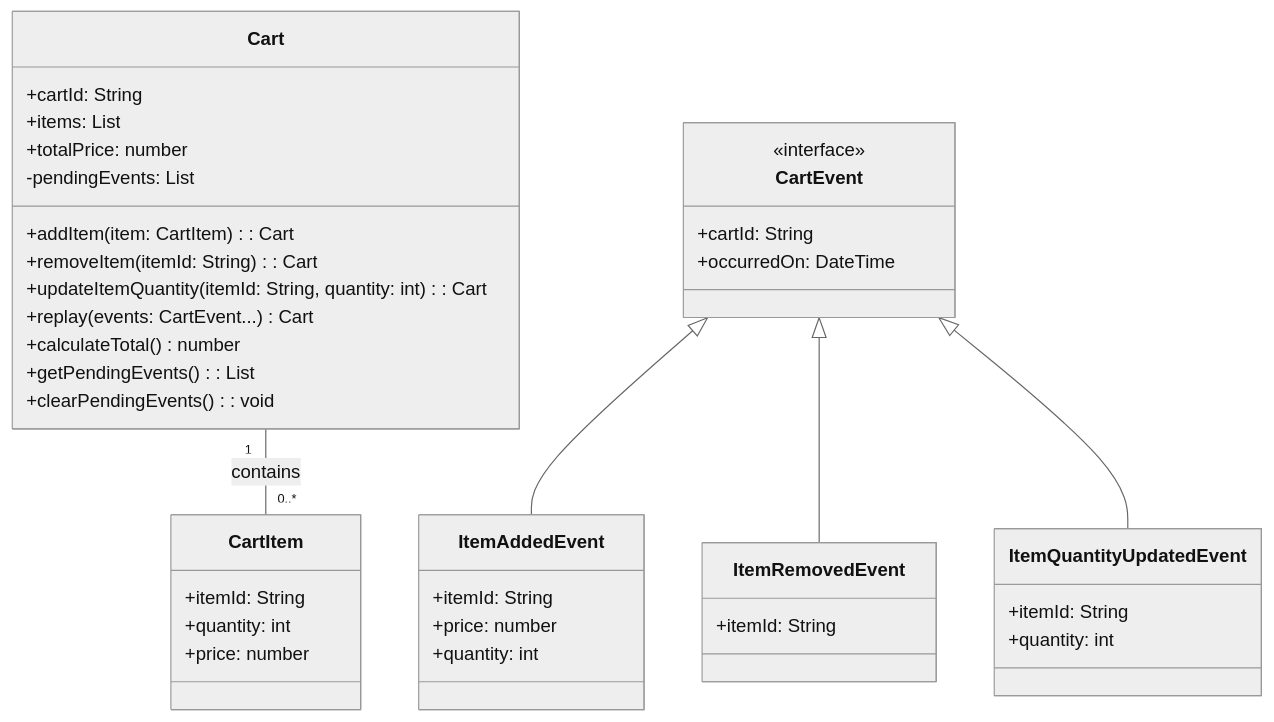
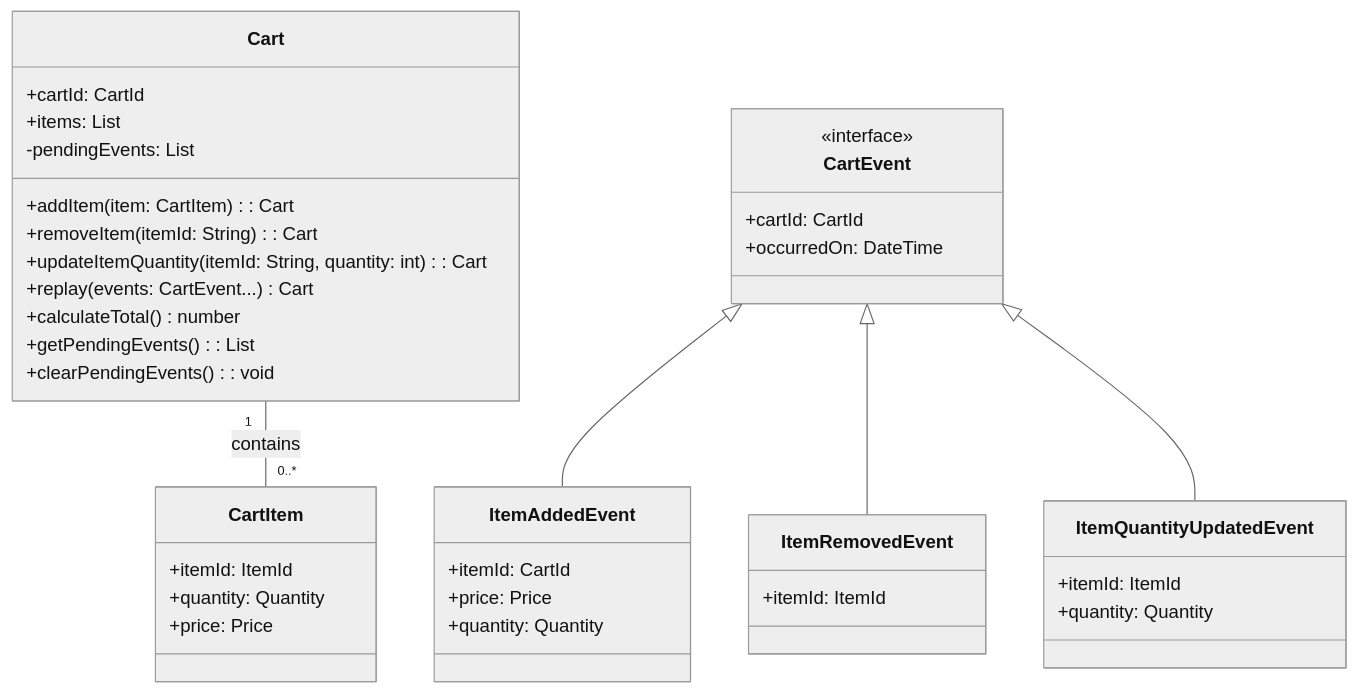
Before and after one commit to george0528/ec-2: the diagram in src/module/cart/README.md, drawn with Mermaid (neutral theme).

Commit message:
CartモジュールのREADME.mdを更新し、クラス図で型の明確化を反映

````diff
--- a/src/module/cart/README.md
+++ b/src/module/cart/README.md
@@ -4,48 +4,47 @@
 ```mermaid
 classDiagram
   class Cart {
-    +cartId: String
+    +cartId: CartId
     +items: List<CartItem>
-    +totalPrice: number
     -pendingEvents: List<CartEvent>
     +addItem(item: CartItem): Cart
     +removeItem(itemId: String): Cart
     +updateItemQuantity(itemId: String, quantity: int): Cart
     +replay(events: CartEvent...) Cart
     +calculateTotal() number
     +getPendingEvents(): List<CartEvent>
     +clearPendingEvents(): void
   }
 
   class CartItem {
-    +itemId: String
-    +quantity: int
-    +price: number
+    +itemId: ItemId
+    +quantity: Quantity
+    +price: Price
   }
 
   class CartEvent {
     <<interface>>
-    +cartId: String
+    +cartId: CartId
     +occurredOn: DateTime
   }
 
   class ItemAddedEvent {
-    +itemId: String
-    +price: number
-    +quantity: int
+    +itemId: CartId
+    +price: Price
+    +quantity: Quantity
   }
 
   class ItemRemovedEvent {
-    +itemId: String
+    +itemId: ItemId
   }
 
   class ItemQuantityUpdatedEvent {
-    +itemId: String
-    +quantity: int
+    +itemId: ItemId
+    +quantity: Quantity
   }
 
   CartEvent <|-- ItemAddedEvent
   CartEvent <|-- ItemRemovedEvent
   CartEvent <|-- ItemQuantityUpdatedEvent
   Cart "1" -- "0..*" CartItem: contains
 ```
````
